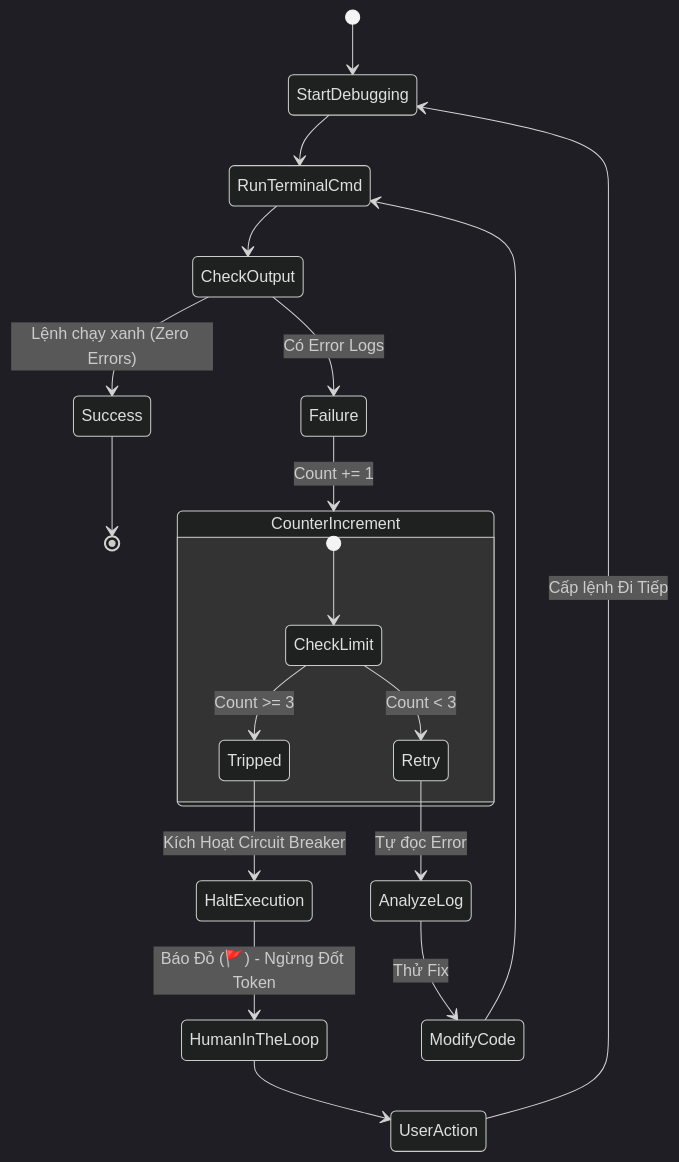
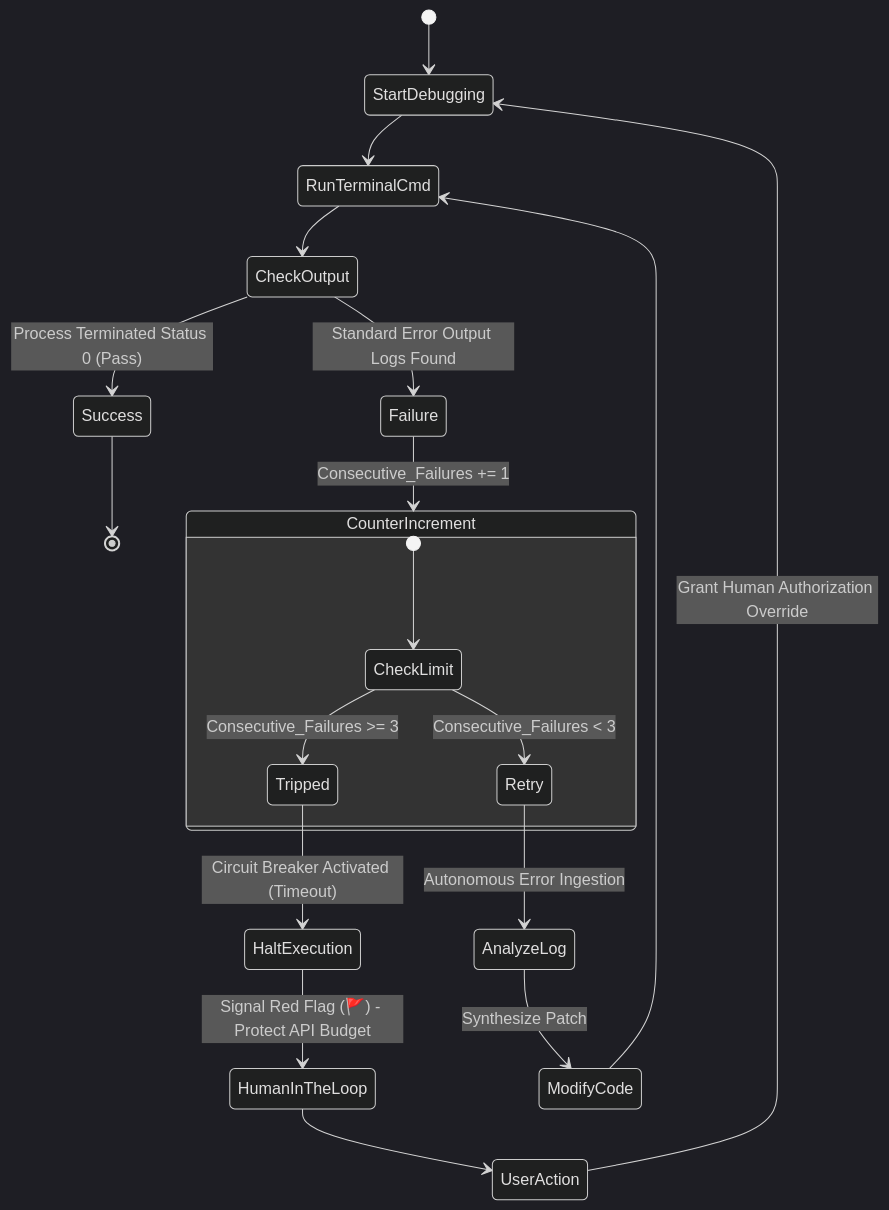
One commit to huudangdev/.agents changed the second of 3 diagrams in V29.1_RELEASE_NOTES.md. Above: the diagram before and after it, drawn with Mermaid (dark theme). The commit also changed other lines of this file and 2 other files, not shown here.

````diff
--- a/V29.1_RELEASE_NOTES.md
+++ b/V29.1_RELEASE_NOTES.md
@@ -73,29 +73,29 @@
 ```mermaid
 stateDiagram-v2
     [*] --> StartDebugging
     
     StartDebugging --> RunTerminalCmd
     RunTerminalCmd --> CheckOutput
     
-    CheckOutput --> Success: Lệnh chạy xanh (Zero Errors)
-    CheckOutput --> Failure: Có Error Logs
+    CheckOutput --> Success: Process Terminated Status 0 (Pass)
+    CheckOutput --> Failure: Standard Error Output Logs Found
     
-    Failure --> CounterIncrement: Count += 1
+    Failure --> CounterIncrement: Consecutive_Failures += 1
     
     state CounterIncrement {
         [*] --> CheckLimit
-        CheckLimit --> Tripped: Count >= 3
-        CheckLimit --> Retry: Count < 3
+        CheckLimit --> Tripped: Consecutive_Failures >= 3
+        CheckLimit --> Retry: Consecutive_Failures < 3
     }
     
-    Retry --> AnalyzeLog: Tự đọc Error
-    AnalyzeLog --> ModifyCode: Thử Fix
+    Retry --> AnalyzeLog: Autonomous Error Ingestion
+    AnalyzeLog --> ModifyCode: Synthesize Patch
     ModifyCode --> RunTerminalCmd
     
-    Tripped --> HaltExecution: Kích Hoạt Circuit Breaker
-    HaltExecution --> HumanInTheLoop: Báo Đỏ (🚩) - Ngừng Đốt Token
+    Tripped --> HaltExecution: Circuit Breaker Activated (Timeout)
+    HaltExecution --> HumanInTheLoop: Signal Red Flag (🚩) - Protect API Budget
     HumanInTheLoop --> UserAction
-    UserAction --> StartDebugging: Cấp lệnh Đi Tiếp
+    UserAction --> StartDebugging: Grant Human Authorization Override
     
     Success --> [*]
 ```
````
